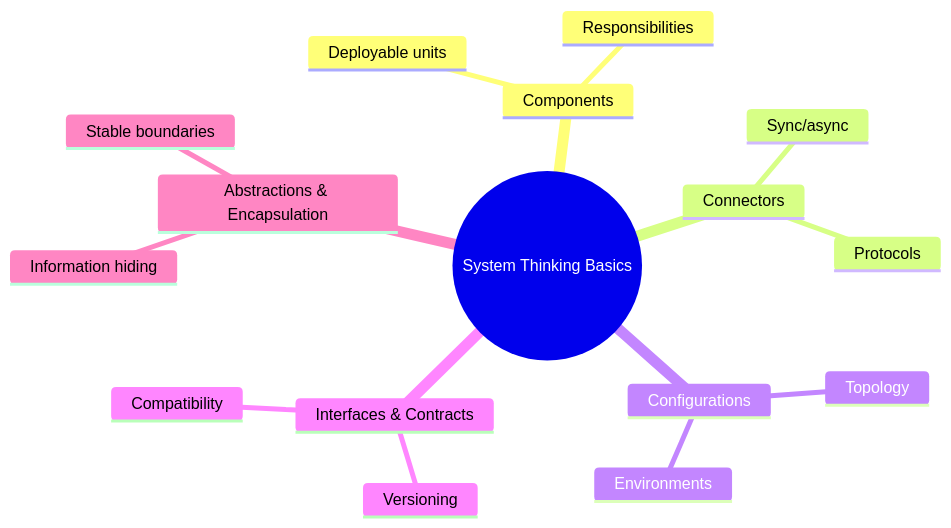
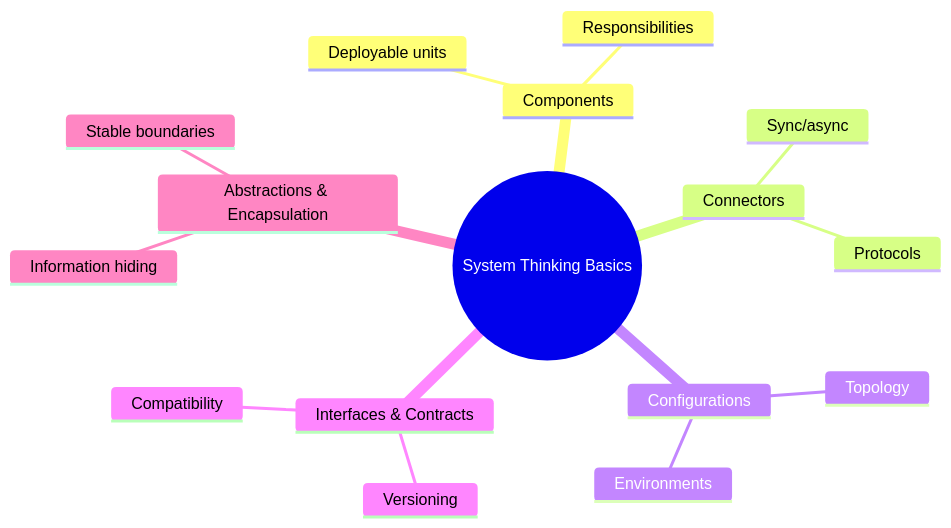
One commit to archman-dev/website changed the diagram in docs/foundational-concepts/system-thinking-basics/index.mdx. Above: the diagram before and after it, drawn with Mermaid. The commit also changed other lines of this file and 26 other files, not shown here.

````diff
--- a/docs/foundational-concepts/system-thinking-basics/index.mdx
+++ b/docs/foundational-concepts/system-thinking-basics/index.mdx
@@ -24,19 +26,19 @@
 ```mermaid title="system-thinking-basics-overview.mmd" showLineNumbers
 mindmap
-  root((System Thinking Basics))
-    Components
-      Deployable units
-      Responsibilities
-    Connectors
-      Sync/async
-      Protocols
-    Configurations
-      Topology
-      Environments
-    Interfaces & Contracts
-      Versioning
-      Compatibility
-    Abstractions & Encapsulation
-      Information hiding
-      Stable boundaries
+    root((System Thinking Basics))
+        Components
+            Deployable units
+            Responsibilities
+        Connectors
+            Sync/async
+            Protocols
+        Configurations
+            Topology
+            Environments
+        Interfaces & Contracts
+            Versioning
+            Compatibility
+        Abstractions & Encapsulation
+            Information hiding
+            Stable boundaries
 ```
````
